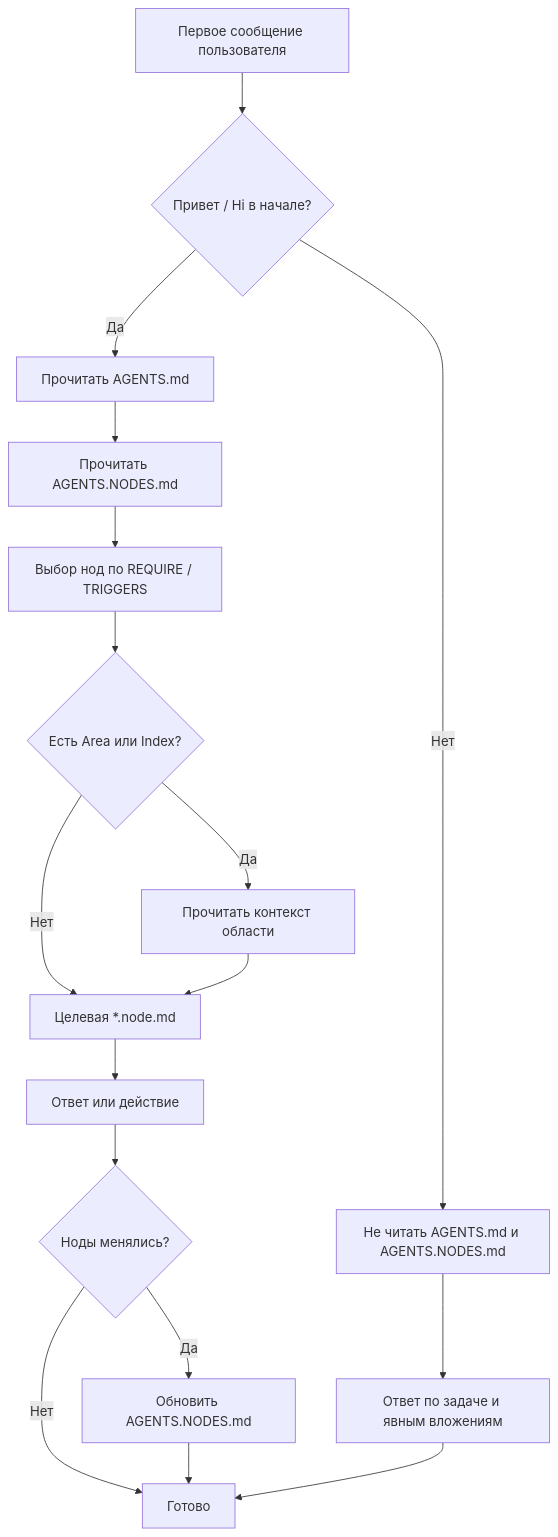
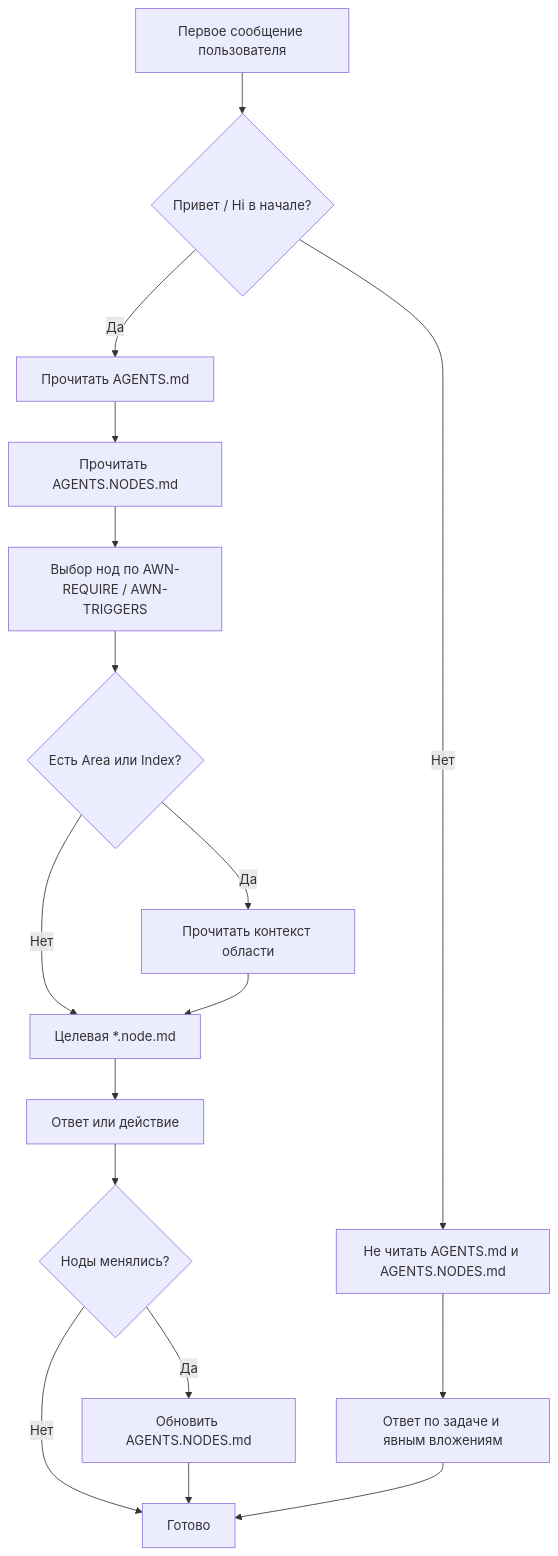
The diagram in README.md (iv-litovchenko/AWN-Framework), drawn with Mermaid before and after one commit. The commit also changed other lines of this file and 4 other files, not shown here.

````diff
--- a/README.md
+++ b/README.md
@@ -435,19 +437,19 @@
 ```mermaid
 flowchart TD
   A[Первое сообщение пользователя] --> B{Привет / Hi в начале?}
   B -->|Да| E[Прочитать AGENTS.md]
   E --> F[Прочитать AGENTS.NODES.md]
-  F --> G[Выбор нод по REQUIRE / TRIGGERS]
+  F --> G[Выбор нод по AWN-REQUIRE / AWN-TRIGGERS]
   G --> H{Есть Area или Index?}
   H -->|Да| I[Прочитать контекст области]
   H -->|Нет| J[Целевая *.node.md]
   I --> J
   J --> K[Ответ или действие]
   B -->|Нет| D[Не читать AGENTS.md и AGENTS.NODES.md]
   D --> K2[Ответ по задаче и явным вложениям]
   K --> L{Ноды менялись?}
   L -->|Да| M[Обновить AGENTS.NODES.md]
   L -->|Нет| N[Готово]
   M --> N
   K2 --> N
 ```
````
